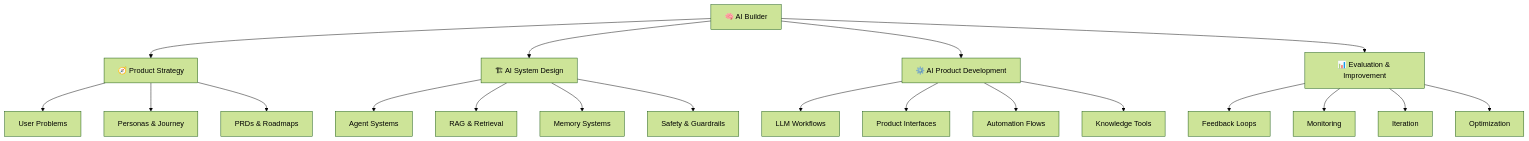
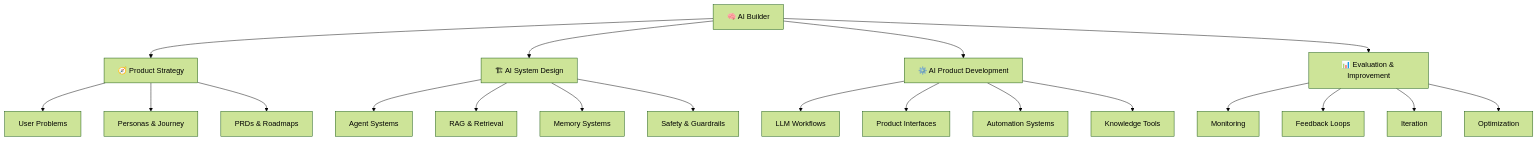
Before and after one commit to herominutes/herominutes: the second of 4 diagrams in README.md, drawn with Mermaid (forest theme).

````diff
--- a/README.md
+++ b/README.md
@@ -45,29 +45,32 @@
 ```mermaid
 flowchart TD
 
 A[🧠 AI Builder]
 
 A --> B[🧭 Product Strategy]
-A --> C[🏗 AI System Design]
-A --> D[⚙️ AI Product Development]
-A --> E[📊 Evaluation & Improvement]
 
 B --> B1[User Problems]
 B --> B2[Personas & Journey]
 B --> B3[PRDs & Roadmaps]
+
+A --> C[🏗 AI System Design]
 
 C --> C1[Agent Systems]
 C --> C2[RAG & Retrieval]
 C --> C3[Memory Systems]
 C --> C4[Safety & Guardrails]
 
+A --> D[⚙️ AI Product Development]
+
 D --> D1[LLM Workflows]
 D --> D2[Product Interfaces]
-D --> D3[Automation Flows]
+D --> D3[Automation Systems]
 D --> D4[Knowledge Tools]
 
-E --> E1[Feedback Loops]
-E --> E2[Monitoring]
+A --> E[📊 Evaluation & Improvement]
+
+E --> E1[Monitoring]
+E --> E2[Feedback Loops]
 E --> E3[Iteration]
 E --> E4[Optimization]
 ```
````
